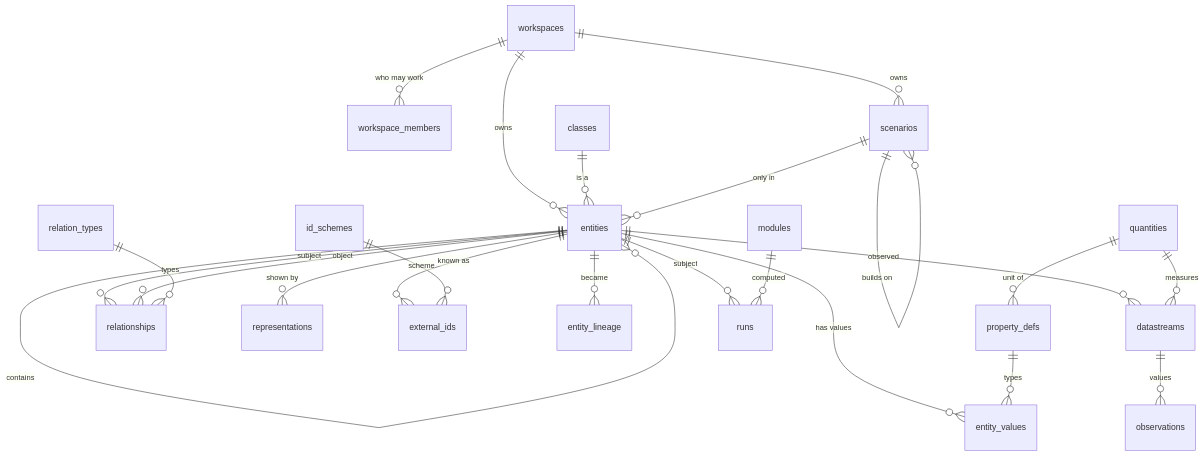
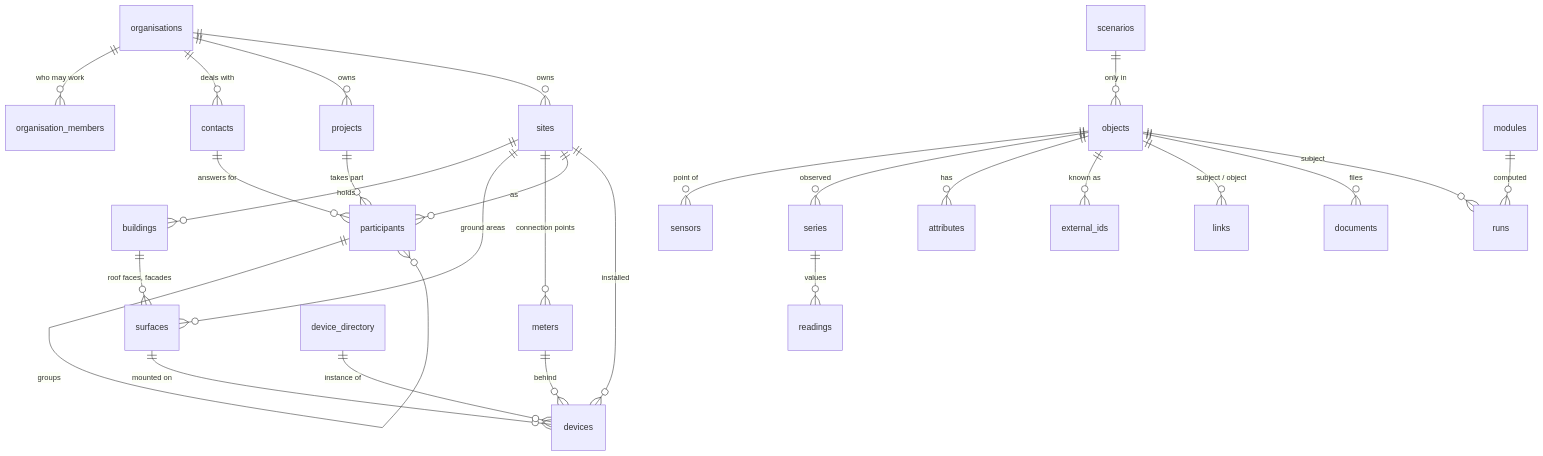
One commit to nexgen-os/nexgen-os changed the diagram in docs/model.md. Above: the diagram before and after it, drawn with Mermaid. The commit also changed other lines of this file and 27 other files, not shown here.

````diff
--- a/docs/model.md
+++ b/docs/model.md
@@ -3,25 +3,29 @@
 ```mermaid
 erDiagram
-  workspaces ||--o{ workspace_members : "who may work"
-  workspaces ||--o{ entities : owns
-  workspaces ||--o{ scenarios : owns
-  classes ||--o{ entities : "is a"
-  entities ||--o{ entities : contains
-  entities ||--o{ entity_values : "has values"
-  property_defs ||--o{ entity_values : types
-  quantities ||--o{ property_defs : "unit of"
-  entities ||--o{ relationships : subject
-  entities ||--o{ relationships : object
-  relation_types ||--o{ relationships : types
-  entities ||--o{ representations : "shown by"
-  entities ||--o{ external_ids : "known as"
-  id_schemes ||--o{ external_ids : scheme
-  entities ||--o{ entity_lineage : "became"
-  entities ||--o{ datastreams : observed
-  quantities ||--o{ datastreams : measures
-  datastreams ||--o{ observations : values
-  scenarios ||--o{ entities : "only in"
-  scenarios ||--o{ scenarios : "builds on"
-  entities ||--o{ runs : subject
+  organisations ||--o{ organisation_members : "who may work"
+  organisations ||--o{ contacts : "deals with"
+  organisations ||--o{ projects : owns
+  organisations ||--o{ sites : owns
+  sites ||--o{ buildings : holds
+  buildings ||--o{ surfaces : "roof faces, facades"
+  sites ||--o{ surfaces : "ground areas"
+  sites ||--o{ meters : "connection points"
+  projects ||--o{ participants : "takes part"
+  sites ||--o{ participants : "as"
+  contacts ||--o{ participants : "answers for"
+  participants ||--o{ participants : groups
+  sites ||--o{ devices : installed
+  surfaces ||--o{ devices : "mounted on"
+  meters ||--o{ devices : behind
+  device_directory ||--o{ devices : "instance of"
+  objects ||--o{ sensors : "point of"
+  objects ||--o{ series : observed
+  series ||--o{ readings : values
+  objects ||--o{ attributes : "has"
+  objects ||--o{ external_ids : "known as"
+  objects ||--o{ links : "subject / object"
+  objects ||--o{ documents : "files"
+  objects ||--o{ runs : subject
+  scenarios ||--o{ objects : "only in"
   modules ||--o{ runs : computed
 ```
````
